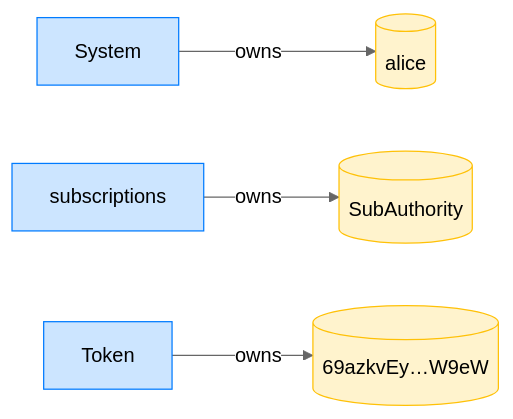
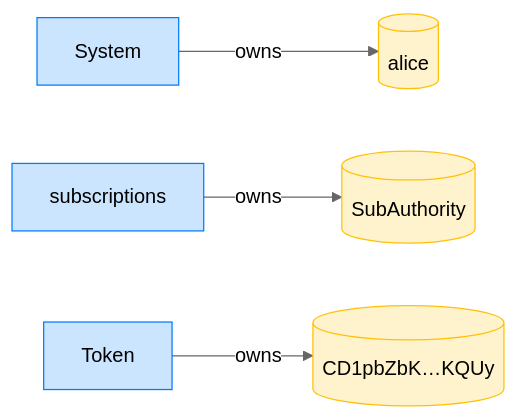
The fourth of 12 diagrams in dsl_tests/recurring-rollover-blocked-at-the-expiry-boundary.md (cds-rs/subscriptions), drawn with Mermaid (neutral theme) before and after one commit. The commit also changed other lines of this file and 224 other files, not shown here.

````diff
--- a/dsl_tests/recurring-rollover-blocked-at-the-expiry-boundary.md
+++ b/dsl_tests/recurring-rollover-blocked-at-the-expiry-boundary.md
@@ -73,14 +78,14 @@
 ```mermaid
 flowchart LR
     classDef owner fill:#cce5ff,stroke:#007bff;
     classDef account fill:#fff3cd,stroke:#ffc107;
     System[System]:::owner
     alice[(alice)]:::account
     subscriptions[subscriptions]:::owner
     SubAuthority[(SubAuthority)]:::account
     Token[Token]:::owner
-    69azkvEy_W9eW[("69azkvEy…W9eW")]:::account
+    CD1pbZbK_KQUy[("CD1pbZbK…KQUy")]:::account
     System -->|owns| alice
     subscriptions -->|owns| SubAuthority
-    Token -->|owns| 69azkvEy_W9eW
+    Token -->|owns| CD1pbZbK_KQUy
 ```
````
